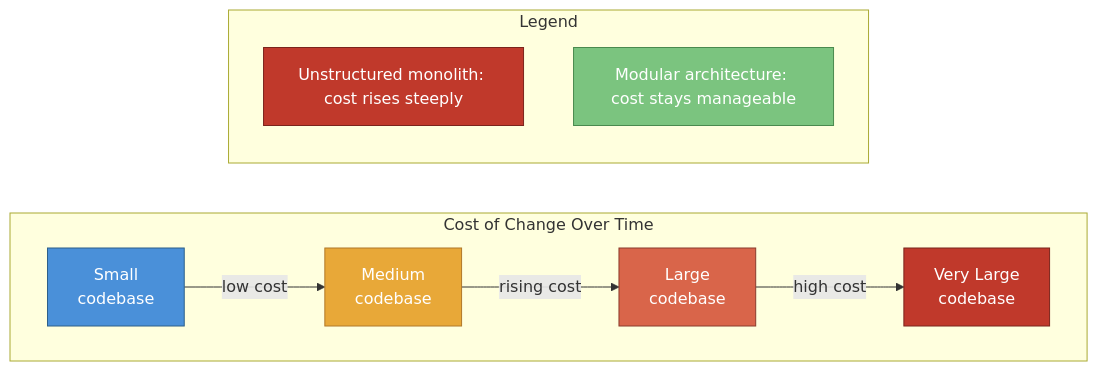
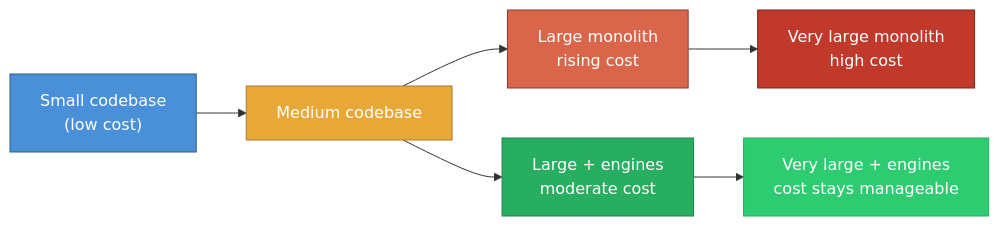
The first of 2 diagrams in _posts/2026-05-05-why-architecture-matters.markdown (Davidslv/davidslv.github.com), drawn with Mermaid before and after one commit.

Commit message:
Improve cost-of-change diagram: show diverging paths instead of legend

````diff
--- a/_posts/2026-05-05-why-architecture-matters.markdown
+++ b/_posts/2026-05-05-why-architecture-matters.markdown
@@ -18,21 +18,17 @@
 ```mermaid
 graph LR
-    subgraph "Cost of Change Over Time"
-        direction LR
-        S["Small<br/>codebase"] -->|low cost| M["Medium<br/>codebase"]
-        M -->|rising cost| L["Large<br/>codebase"]
-        L -->|high cost| VL["Very Large<br/>codebase"]
-    end
+    S["Small codebase<br/>(low cost)"] --> M["Medium codebase"]
 
-    subgraph Legend
-        U["Unstructured monolith: cost rises steeply"]
-        MO["Modular architecture: cost stays manageable"]
-    end
+    M --> U1["Large monolith<br/>rising cost"]
+    U1 --> U2["Very large monolith<br/>high cost"]
+
+    M --> MO1["Large + engines<br/>moderate cost"]
+    MO1 --> MO2["Very large + engines<br/>cost stays manageable"]
 
     style S fill:#4a90d9,stroke:#2c5f8a,color:#fff
     style M fill:#e8a838,stroke:#b07828,color:#fff
-    style L fill:#d9654a,stroke:#8a3a2c,color:#fff
-    style VL fill:#c0392b,stroke:#7b241c,color:#fff
-    style U fill:#c0392b,stroke:#7b241c,color:#fff
-    style MO fill:#7bc47f,stroke:#4a8a4e,color:#fff
+    style U1 fill:#d9654a,stroke:#8a3a2c,color:#fff
+    style U2 fill:#c0392b,stroke:#7b241c,color:#fff
+    style MO1 fill:#27ae60,stroke:#1e8449,color:#fff
+    style MO2 fill:#2ecc71,stroke:#27ae60,color:#fff
 ```
````
